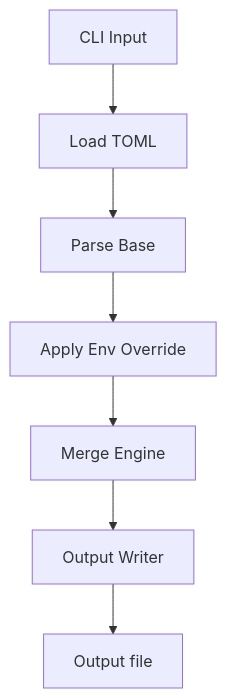
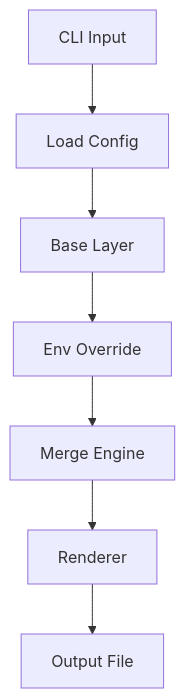
The first of 2 diagrams in README.MD (arashrasoulzadeh/devenv), drawn with Mermaid before and after one commit. The commit also changed other lines of this file, not shown here.

````diff
--- a/README.MD
+++ b/README.MD
@@ -224,9 +176,9 @@
 ```mermaid
 flowchart TD
-    A[CLI Input] --> B[Load TOML]
-    B --> C[Parse Base]
-    C --> D[Apply Env Override]
+    A[CLI Input] --> B[Load Config]
+    B --> C[Base Layer]
+    C --> D[Env Override]
     D --> E[Merge Engine]
-    E --> F[Output Writer]
-    F --> G[Output file]
+    E --> F[Renderer]
+    F --> G[Output File]
 ```
````
